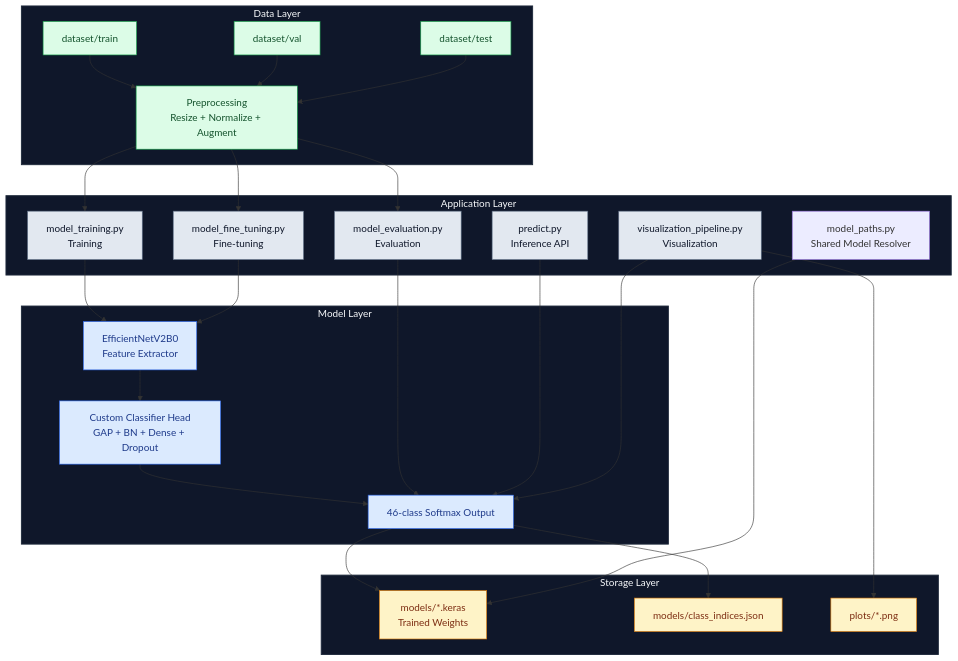
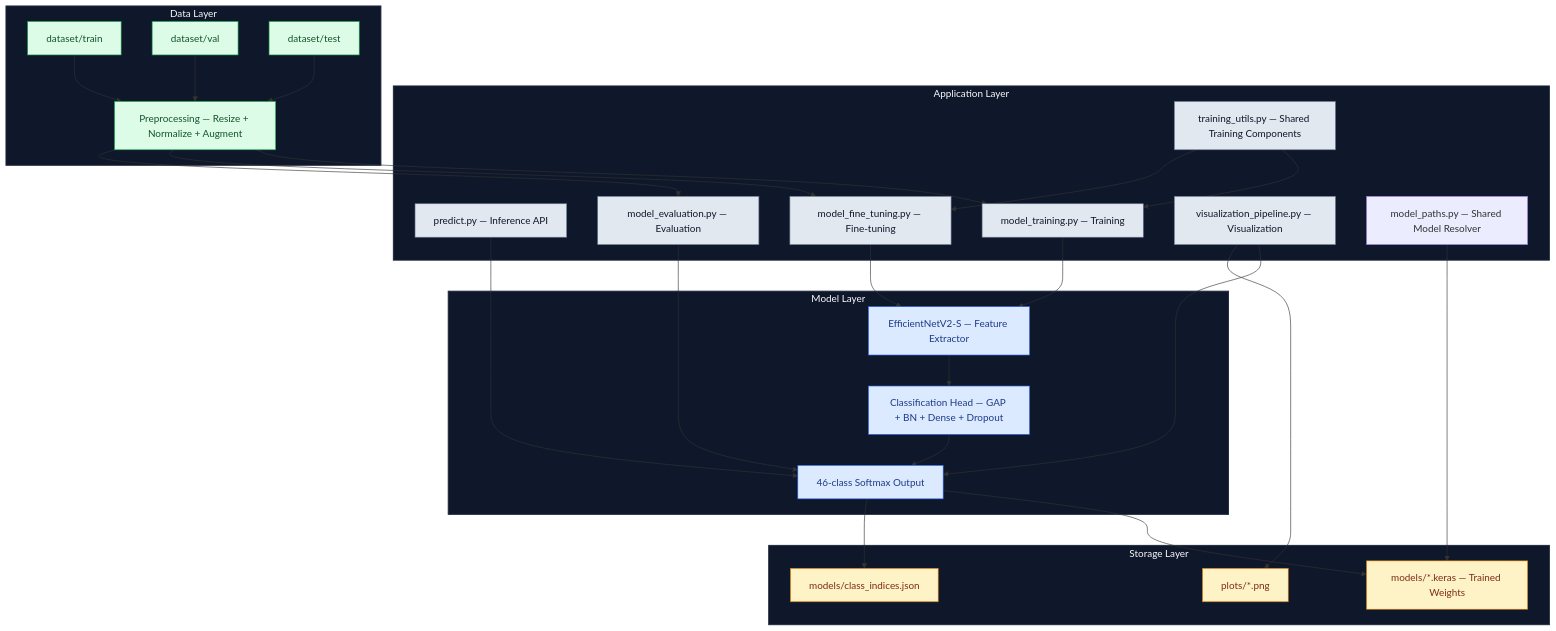
The first of 5 diagrams in docs/architecture.md (ItzSwapnil/Leaf_Disease_Detection), drawn with Mermaid before and after one commit. The commit also changed other lines of this file and 45 other files, not shown here.

Commit message:
feat: Introduce a web-based prediction interface, refactor core training and evaluation pipelines, and enhance project documentation, testing, and visualization capabilities.

````diff
--- a/docs/architecture.md
+++ b/docs/architecture.md
@@ -7,59 +7,62 @@
 ```mermaid
 flowchart TB
     classDef layer fill:#0f172a,stroke:#1e293b,color:#f8fafc,stroke-width:1.5px
     classDef service fill:#e2e8f0,stroke:#64748b,color:#0f172a
     classDef data fill:#dcfce7,stroke:#16a34a,color:#14532d
     classDef model fill:#dbeafe,stroke:#2563eb,color:#1e3a8a
     classDef output fill:#fef3c7,stroke:#d97706,color:#7c2d12
 
     subgraph APP[Application Layer]
-        PRED[predict.py\nInference API]
-        EVAL[model_evaluation.py\nEvaluation]
-        TRAIN[model_training.py\nTraining]
-        FT[model_fine_tuning.py\nFine-tuning]
-        VIZ[visualization_pipeline.py\nVisualization]
-        MPATH[model_paths.py\nShared Model Resolver]
+        PRED["predict.py — Inference API"]
+        EVAL["model_evaluation.py — Evaluation"]
+        TRAIN["model_training.py — Training"]
+        FT["model_fine_tuning.py — Fine-tuning"]
+        VIZ["visualization_pipeline.py — Visualization"]
+        MPATH["model_paths.py — Shared Model Resolver"]
+        TUTILS["training_utils.py — Shared Training Components"]
     end
 
     subgraph MODEL[Model Layer]
-        BASE[EfficientNetV2B0\nFeature Extractor]
-        HEAD[Custom Classifier Head\nGAP + BN + Dense + Dropout]
-        FINAL[46-class Softmax Output]
+        BASE["EfficientNetV2-S — Feature Extractor"]
+        HEAD["Classification Head — GAP + BN + Dense + Dropout"]
+        FINAL["46-class Softmax Output"]
     end
 
     subgraph DATA[Data Layer]
-        TR[dataset/train]
-        VA[dataset/val]
-        TE[dataset/test]
-        PRE[Preprocessing\nResize + Normalize + Augment]
+        TR["dataset/train"]
+        VA["dataset/val"]
+        TE["dataset/test"]
+        PRE["Preprocessing — Resize + Normalize + Augment"]
     end
 
     subgraph STORAGE[Storage Layer]
-        MSTORE[models/*.keras\nTrained Weights]
-        CINDEX[models/class_indices.json]
-        PSTORE[plots/*.png]
+        MSTORE["models/*.keras — Trained Weights"]
+        CINDEX["models/class_indices.json"]
+        PSTORE["plots/*.png"]
     end
 
     TR --> PRE
     VA --> PRE
     TE --> PRE
     PRE --> TRAIN
     PRE --> FT
     PRE --> EVAL
     TRAIN --> BASE --> HEAD --> FINAL
     FT --> BASE
     EVAL --> FINAL
     PRED --> FINAL
     VIZ --> FINAL
 
     FINAL --> MSTORE
     FINAL --> CINDEX
     VIZ --> PSTORE
     MPATH --> MSTORE
+    TUTILS --> TRAIN
+    TUTILS --> FT
 
     class APP,MODEL,DATA,STORAGE layer
-    class PRED,EVAL,TRAIN,FT,VIZ service
+    class PRED,EVAL,TRAIN,FT,VIZ,TUTILS service
     class TR,VA,TE,PRE data
     class BASE,HEAD,FINAL model
     class MSTORE,CINDEX,PSTORE output
 ```
````
